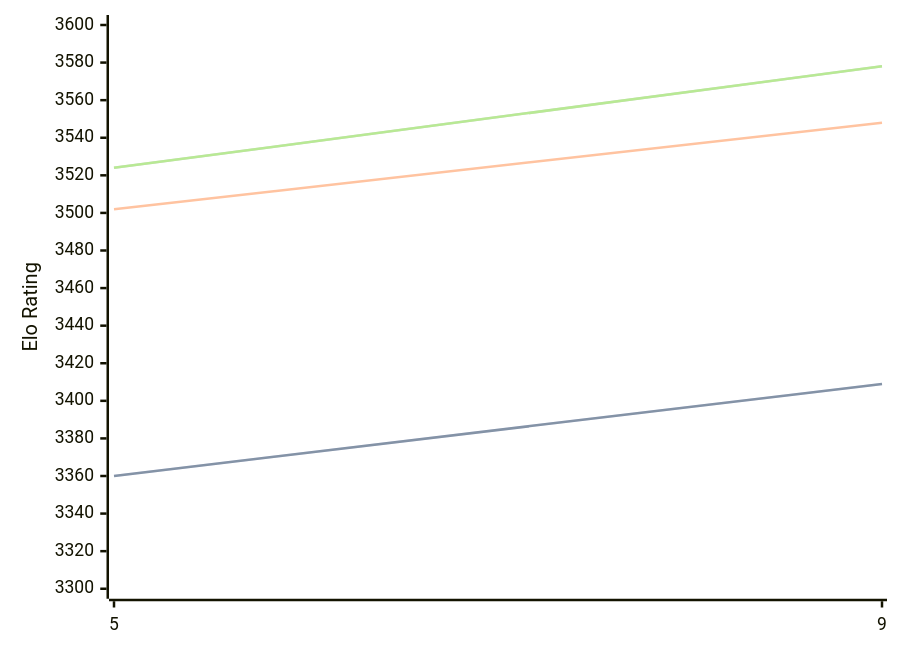
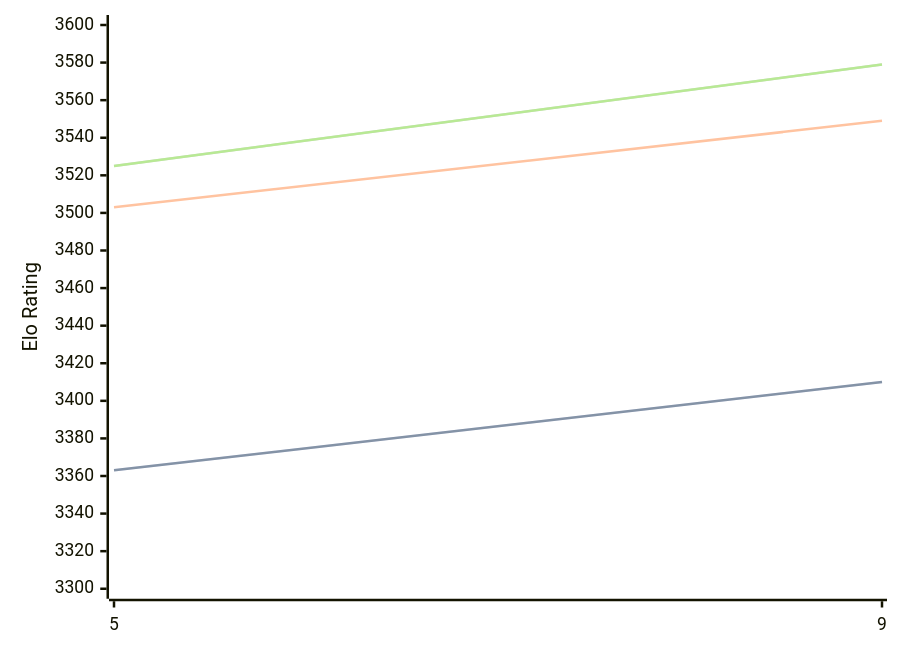
One commit to computer-chess-index/cci changed the diagram in engines/Crystal.md. Above: the diagram before and after it, drawn with Mermaid. The commit also changed other lines of this file, not shown here.

Commit message:
Update CCI Ratings (ELO VLTC) - 2026-06-11

````diff
--- a/engines/Crystal.md
+++ b/engines/Crystal.md
@@ -60,11 +60,11 @@
 ```mermaid
 %%{init: {"theme":"base","themeVariables":{"seriesColors:['#a3a3a3','#222221','#faa371']}}}%%
 xychart-beta
   x-axis ["5", "9"]
   y-axis "Elo Rating" 3300 --> 3600
-  line "STC (8.0+0.08s)" [3360, 3409]
-  line "STC (8.0+0.08s)" [3360, 3409]
-  line "LTC (60.0+0.60s)" [3502, 3548]
-  line "VLTC (2m24s+1.12s)" [3524, 3578]
-  line "VLTC (2m24s+1.12s)" [3524, 3578]
+  line "STC (8.0+0.08s)" [3363, 3410]
+  line "STC (8.0+0.08s)" [3363, 3410]
+  line "LTC (60.0+0.60s)" [3503, 3549]
+  line "VLTC (2m24s+1.12s)" [3525, 3579]
+  line "VLTC (2m24s+1.12s)" [3525, 3579]
 ```
````
